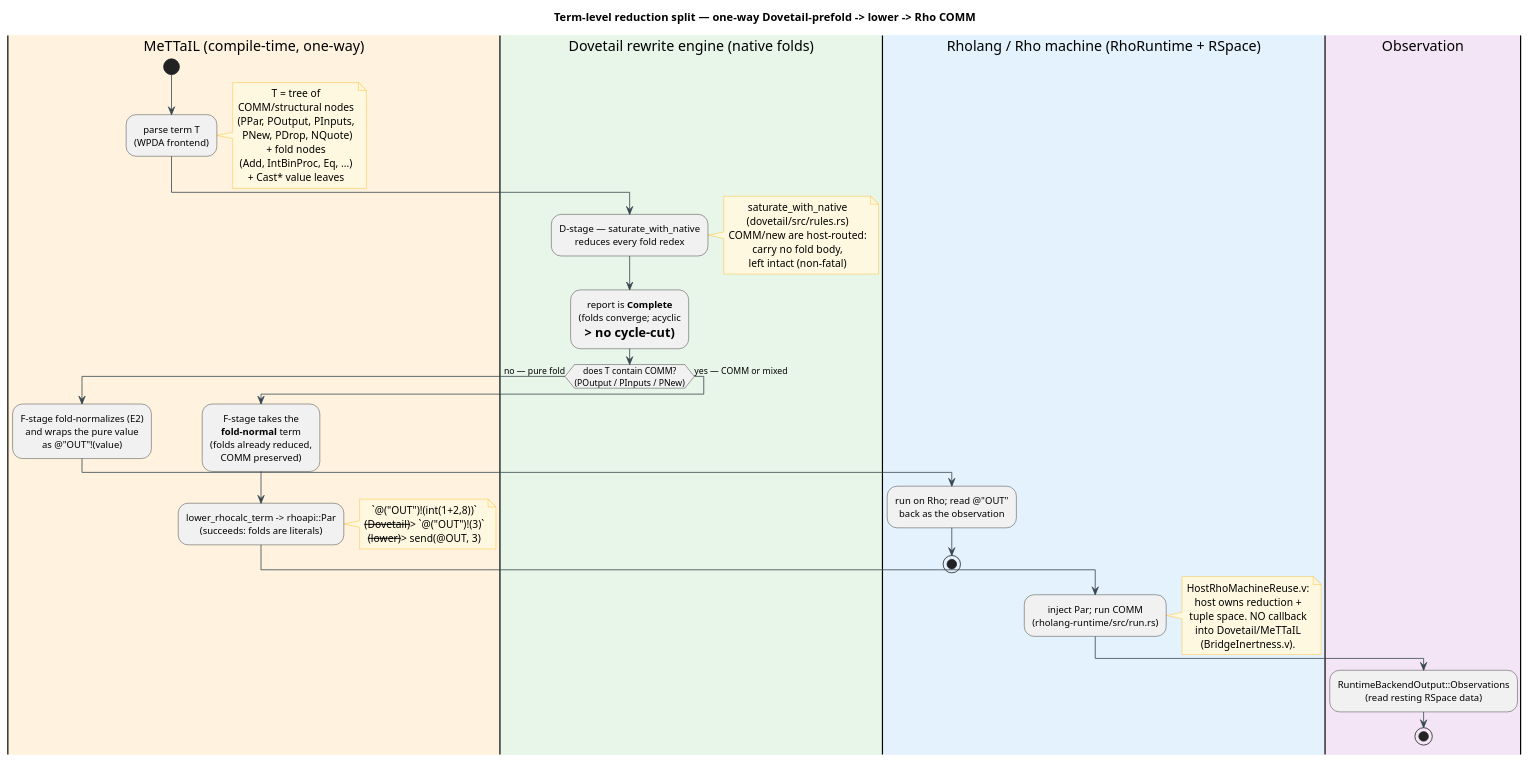
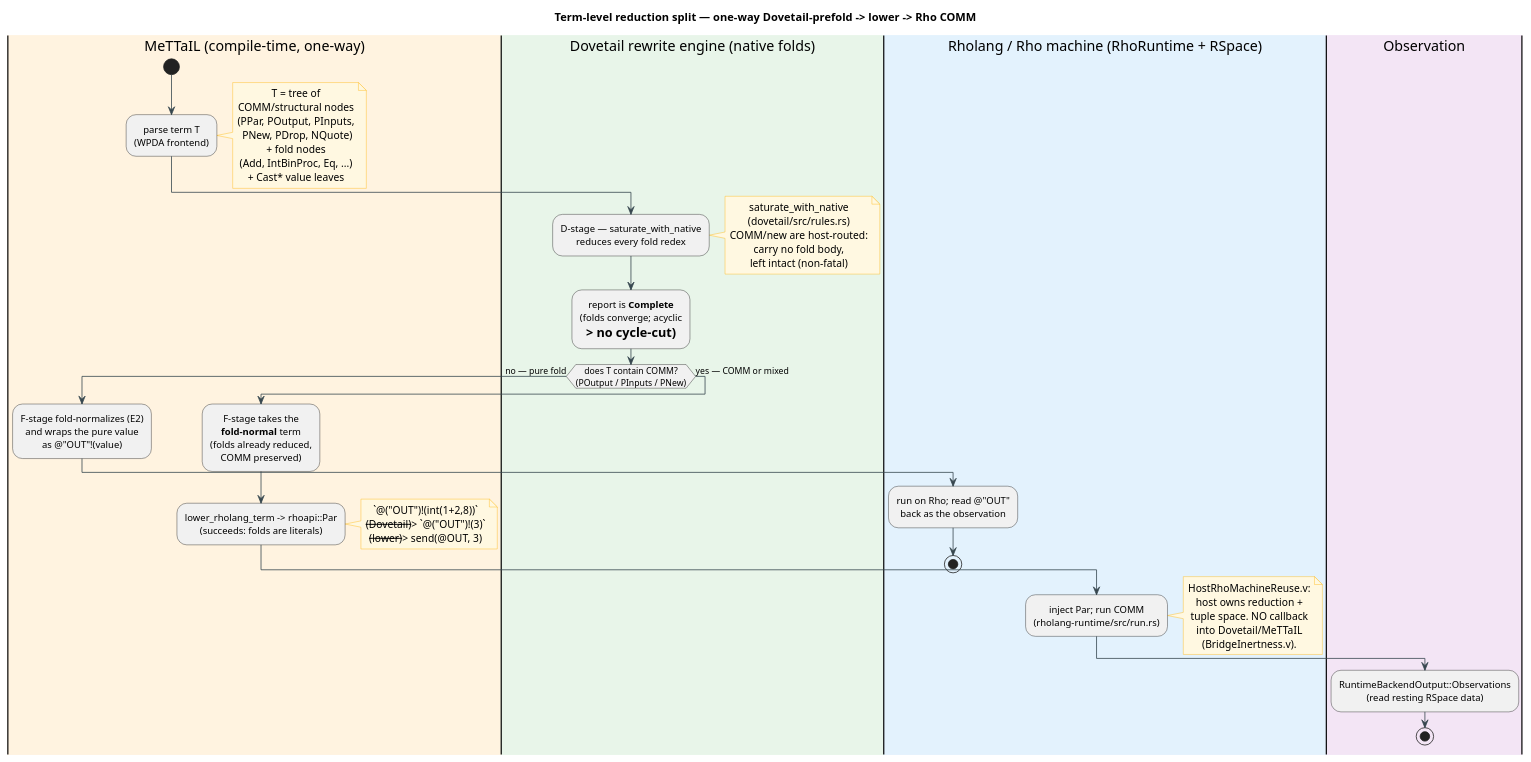
One commit to F1R3FLY-io/mettail-rust changed the diagram in docs/architecture/rho-native-integration/figures/09-term-level-reduction-split.puml. Above: the diagram before and after it, drawn with PlantUML. The commit also changed 242 other files, not shown here.

First line of the commit message:
docs!: S5 of the rhocalc/rholang rename — the prose, the figures, and the doc file names

```diff
--- a/docs/architecture/rho-native-integration/figures/09-term-level-reduction-split.puml
+++ b/docs/architecture/rho-native-integration/figures/09-term-level-reduction-split.puml
@@ -1,79 +1,79 @@
 @startuml
 ' Term-level reduction split: how ONE term is reduced across the Dovetail
 ' rewrite engine (native folds) and the Rholang/Rho machine (COMM), under a
 ' strictly one-way bridge. Colors: Dovetail = green, Rho/host = blue,
 ' MeTTaIL compile glue = amber, observation = purple.
 title Term-level reduction split — one-way Dovetail-prefold -> lower -> Rho COMM
 
 skinparam shadowing false
 skinparam defaultTextAlignment center
 skinparam ArrowColor #37474F
 skinparam NoteBackgroundColor #FFF8E1
 skinparam NoteBorderColor #FFB300
 
 |#FFF3E0|MeTTaIL (compile-time, one-way)|
 start
 :parse term T
 (WPDA frontend);
 note right
   T = tree of
   COMM/structural nodes
   (PPar, POutput, PInputs,
    PNew, PDrop, NQuote)
   + fold nodes
   (Add, IntBinProc, Eq, ...)
   + Cast* value leaves
 end note
 
 |#E8F5E9|Dovetail rewrite engine (native folds)|
 :D-stage — saturate_with_native
 reduces every fold redex;
 note right
   saturate_with_native
   (dovetail/src/rules.rs)
   COMM/new are host-routed:
   carry no fold body,
   left intact (non-fatal)
 end note
 :report is **Complete**
 (folds converge; acyclic
 => no cycle-cut);
 
 if (does T contain COMM?\n(POutput / PInputs / PNew)) then (no — pure fold)
   |#FFF3E0|MeTTaIL (compile-time, one-way)|
   :F-stage fold-normalizes (E2)
   and wraps the pure value
   as @"OUT"!(value);
   |#E3F2FD|Rholang / Rho machine (RhoRuntime + RSpace)|
   :run on Rho; read @"OUT"
   back as the observation;
   stop
 else (yes — COMM or mixed)
   |#FFF3E0|MeTTaIL (compile-time, one-way)|
   :F-stage takes the
   **fold-normal** term
   (folds already reduced,
   COMM preserved);
-  :lower_rhocalc_term -> rhoapi::Par
+  :lower_rholang_term -> rhoapi::Par
   (succeeds: folds are literals);
   note right
     `@("OUT")!(int(1+2,8))`
     --(Dovetail)--> `@("OUT")!(3)`
     --(lower)--> send(@OUT, 3)
   end note
   |#E3F2FD|Rholang / Rho machine (RhoRuntime + RSpace)|
   :inject Par; run COMM
   (rholang-runtime/src/run.rs);
   note right
     HostRhoMachineReuse.v:
     host owns reduction +
     tuple space. NO callback
     into Dovetail/MeTTaIL
     (BridgeInertness.v).
   end note
   |#F3E5F5|Observation|
   :RuntimeBackendOutput::Observations
   (read resting RSpace data);
   stop
 endif
 @enduml
```
